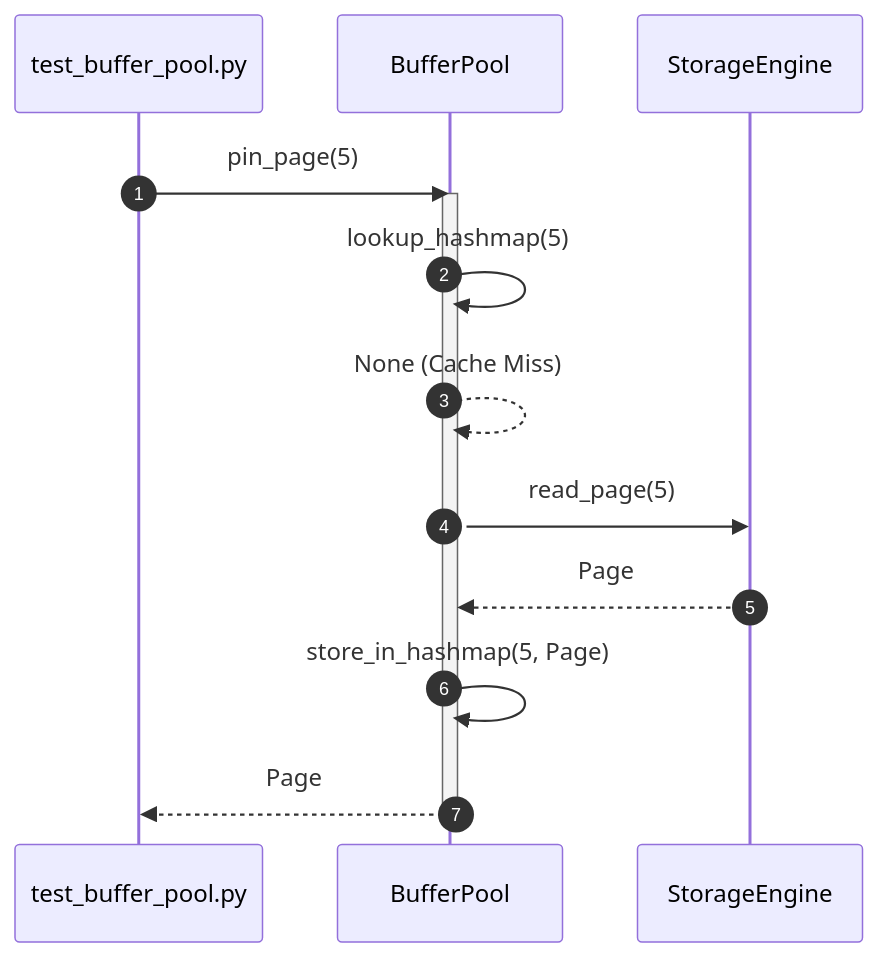
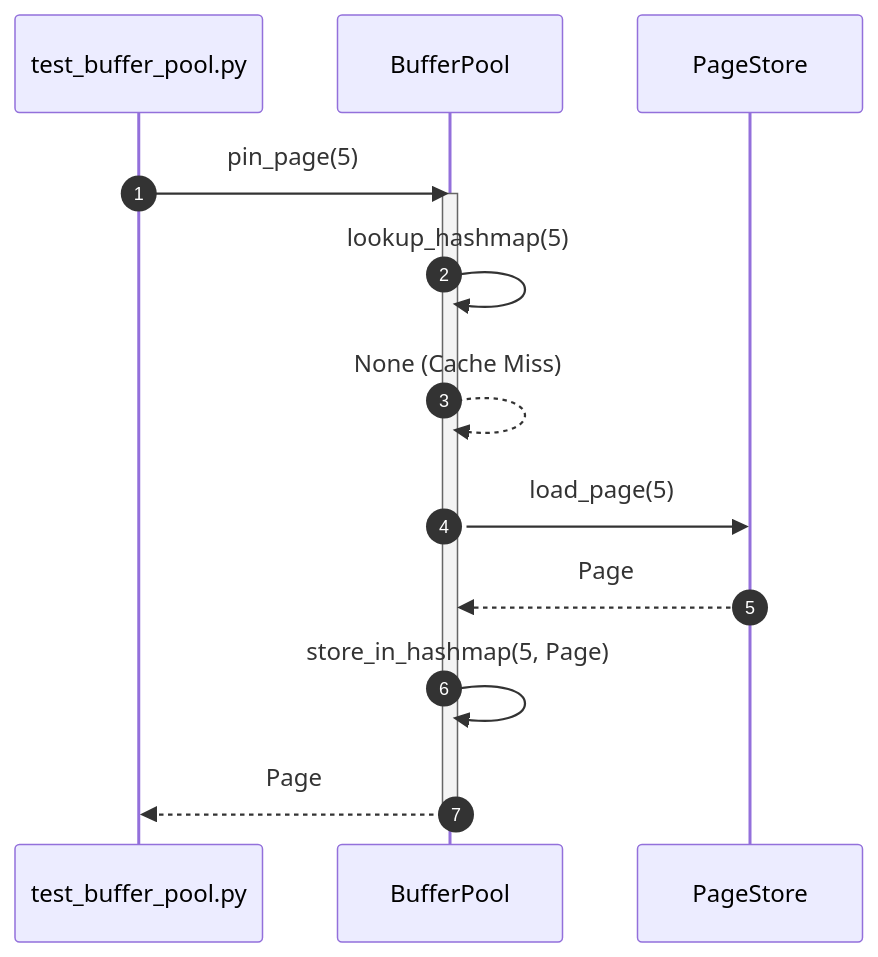
The fifth of 56 diagrams in diagrams/sequence/storage_engine.md (taitran501/DBMS), drawn with Mermaid before and after one commit. The commit also changed other lines of this file and 5 other files, not shown here.

Commit message:
test: define buffer pool and Storage Engine

````diff
--- a/diagrams/sequence/storage_engine.md
+++ b/diagrams/sequence/storage_engine.md
@@ -69,17 +69,17 @@
 ```mermaid
 sequenceDiagram
     autonumber
     participant Test as test_buffer_pool.py
     participant SUT as BufferPool
-    participant StorageEngine as StorageEngine
+    participant PageStore as PageStore
 
     Test->>SUT: pin_page(5)
     activate SUT
     SUT->>SUT: lookup_hashmap(5)
     SUT-->>SUT: None (Cache Miss)
-    SUT->>StorageEngine: read_page(5)
-    StorageEngine-->>SUT: Page
+    SUT->>PageStore: load_page(5)
+    PageStore-->>SUT: Page
     SUT->>SUT: store_in_hashmap(5, Page)
     SUT-->>Test: Page
     deactivate SUT
 ```
````
